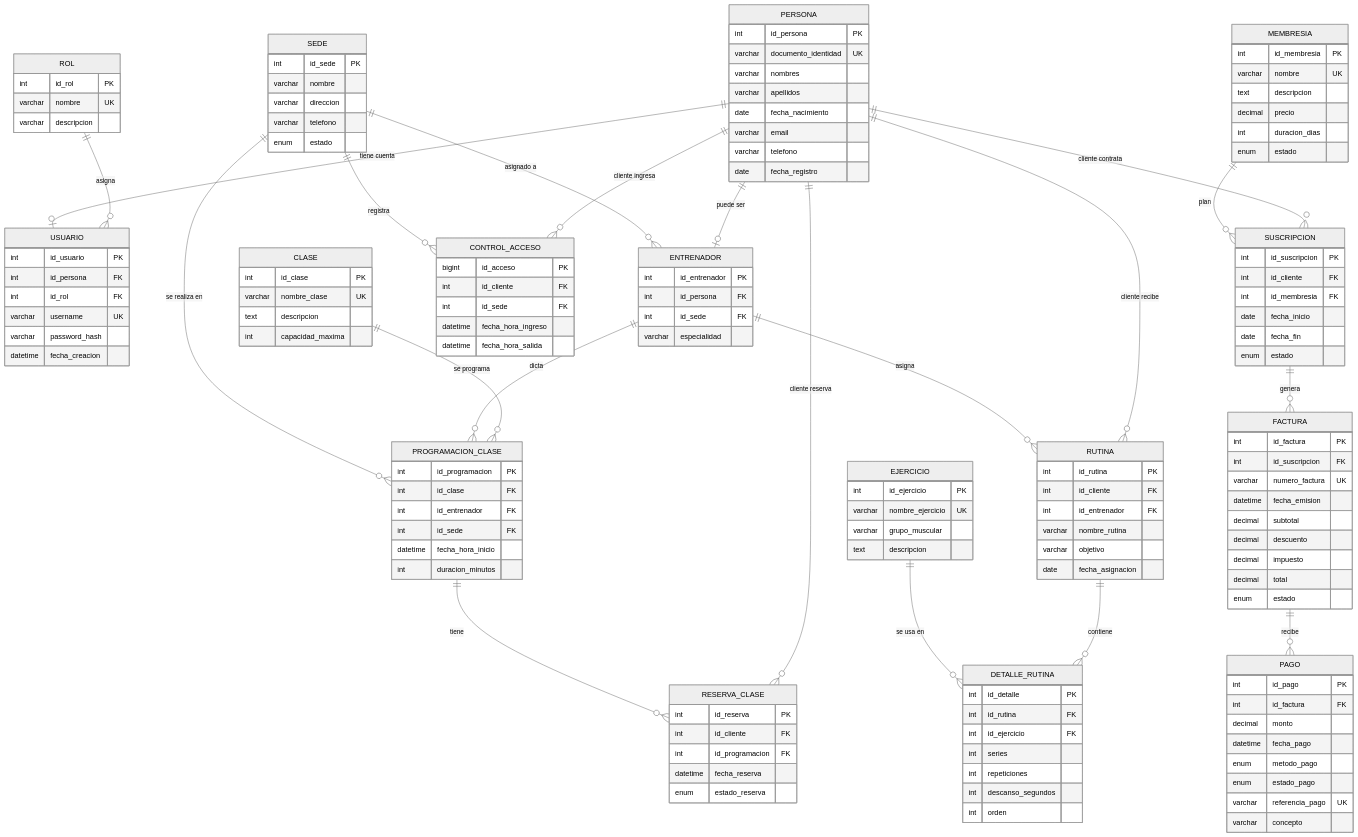
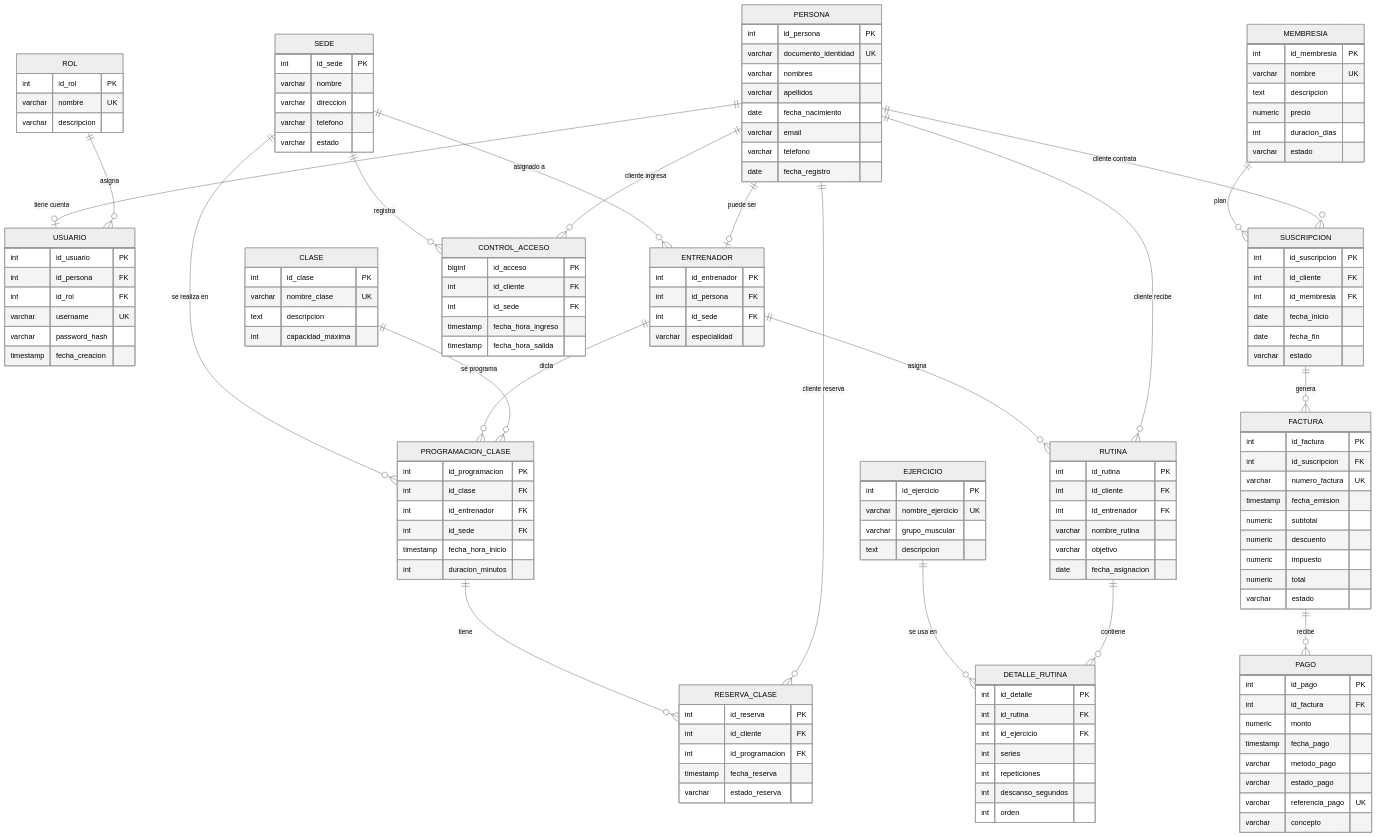
Before and after one commit to Galan08/Fitmanager: the diagram in docs/diagrama_er.mmd, drawn with Mermaid (neutral theme). The commit also changed 6 other files, not shown here.

First line of the commit message:
Completa entregables de la rúbrica: backup, diagrama y módulos

```diff
--- a/docs/diagrama_er.mmd
+++ b/docs/diagrama_er.mmd
@@ -1,113 +1,113 @@
 erDiagram
     ROL ||--o{ USUARIO : "asigna"
     PERSONA ||--o| USUARIO : "tiene cuenta"
     PERSONA ||--o| ENTRENADOR : "puede ser"
     SEDE ||--o{ ENTRENADOR : "asignado a"
     PERSONA ||--o{ SUSCRIPCION : "cliente contrata"
     MEMBRESIA ||--o{ SUSCRIPCION : "plan"
     SUSCRIPCION ||--o{ FACTURA : "genera"
     FACTURA ||--o{ PAGO : "recibe"
     PERSONA ||--o{ CONTROL_ACCESO : "cliente ingresa"
     SEDE ||--o{ CONTROL_ACCESO : "registra"
     CLASE ||--o{ PROGRAMACION_CLASE : "se programa"
     ENTRENADOR ||--o{ PROGRAMACION_CLASE : "dicta"
     SEDE ||--o{ PROGRAMACION_CLASE : "se realiza en"
     PERSONA ||--o{ RESERVA_CLASE : "cliente reserva"
     PROGRAMACION_CLASE ||--o{ RESERVA_CLASE : "tiene"
     PERSONA ||--o{ RUTINA : "cliente recibe"
     ENTRENADOR ||--o{ RUTINA : "asigna"
     RUTINA ||--o{ DETALLE_RUTINA : "contiene"
     EJERCICIO ||--o{ DETALLE_RUTINA : "se usa en"
 
     SEDE { int id_sede PK
       varchar nombre
       varchar direccion
       varchar telefono
-      enum estado }
+      varchar estado }
     ROL { int id_rol PK
       varchar nombre UK
       varchar descripcion }
     PERSONA { int id_persona PK
       varchar documento_identidad UK
       varchar nombres
       varchar apellidos
       date fecha_nacimiento
       varchar email
       varchar telefono
       date fecha_registro }
     USUARIO { int id_usuario PK
       int id_persona FK
       int id_rol FK
       varchar username UK
       varchar password_hash
-      datetime fecha_creacion }
+      timestamp fecha_creacion }
     ENTRENADOR { int id_entrenador PK
       int id_persona FK
       int id_sede FK
       varchar especialidad }
     MEMBRESIA { int id_membresia PK
       varchar nombre UK
       text descripcion
-      decimal precio
+      numeric precio
       int duracion_dias
-      enum estado }
+      varchar estado }
     SUSCRIPCION { int id_suscripcion PK
       int id_cliente FK
       int id_membresia FK
       date fecha_inicio
       date fecha_fin
-      enum estado }
+      varchar estado }
     FACTURA { int id_factura PK
       int id_suscripcion FK
       varchar numero_factura UK
-      datetime fecha_emision
-      decimal subtotal
-      decimal descuento
-      decimal impuesto
-      decimal total
-      enum estado }
+      timestamp fecha_emision
+      numeric subtotal
+      numeric descuento
+      numeric impuesto
+      numeric total
+      varchar estado }
     PAGO { int id_pago PK
       int id_factura FK
-      decimal monto
-      datetime fecha_pago
-      enum metodo_pago
-      enum estado_pago
+      numeric monto
+      timestamp fecha_pago
+      varchar metodo_pago
+      varchar estado_pago
       varchar referencia_pago UK
       varchar concepto }
     CONTROL_ACCESO { bigint id_acceso PK
       int id_cliente FK
       int id_sede FK
-      datetime fecha_hora_ingreso
-      datetime fecha_hora_salida }
+      timestamp fecha_hora_ingreso
+      timestamp fecha_hora_salida }
     CLASE { int id_clase PK
       varchar nombre_clase UK
       text descripcion
       int capacidad_maxima }
     PROGRAMACION_CLASE { int id_programacion PK
       int id_clase FK
       int id_entrenador FK
       int id_sede FK
-      datetime fecha_hora_inicio
+      timestamp fecha_hora_inicio
       int duracion_minutos }
     RESERVA_CLASE { int id_reserva PK
       int id_cliente FK
       int id_programacion FK
-      datetime fecha_reserva
-      enum estado_reserva }
+      timestamp fecha_reserva
+      varchar estado_reserva }
     RUTINA { int id_rutina PK
       int id_cliente FK
       int id_entrenador FK
       varchar nombre_rutina
       varchar objetivo
       date fecha_asignacion }
     EJERCICIO { int id_ejercicio PK
       varchar nombre_ejercicio UK
       varchar grupo_muscular
       text descripcion }
     DETALLE_RUTINA { int id_detalle PK
       int id_rutina FK
       int id_ejercicio FK
       int series
       int repeticiones
       int descanso_segundos
       int orden }
```
